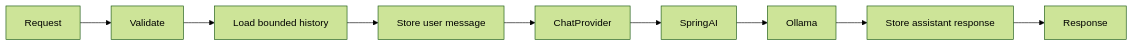
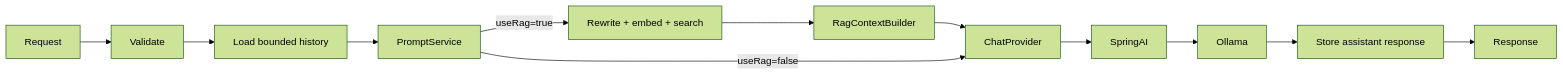
The fourth of 8 diagrams in docs/ARCHITECTURE.md (rawalpuneet1209/ai-foundry), drawn with Mermaid (forest theme) before and after one commit. The commit also changed other lines of this file and 77 other files, not shown here.

````diff
--- a/docs/ARCHITECTURE.md
+++ b/docs/ARCHITECTURE.md
@@ -201,11 +201,14 @@
 ```mermaid
 flowchart LR
     Request --> Validate
     Validate --> LoadHistory[Load bounded history]
-    LoadHistory --> SaveUser[Store user message]
-    SaveUser --> Provider[ChatProvider]
+    LoadHistory --> Prompt[PromptService]
+    Prompt -->|useRag=true| Retrieval[Rewrite + embed + search]
+    Retrieval --> Context[RagContextBuilder]
+    Context --> Provider[ChatProvider]
+    Prompt -->|useRag=false| Provider
     Provider --> SpringAI
     SpringAI --> Ollama
     Ollama --> SaveAssistant[Store assistant response]
     SaveAssistant --> Response
 ```
````
